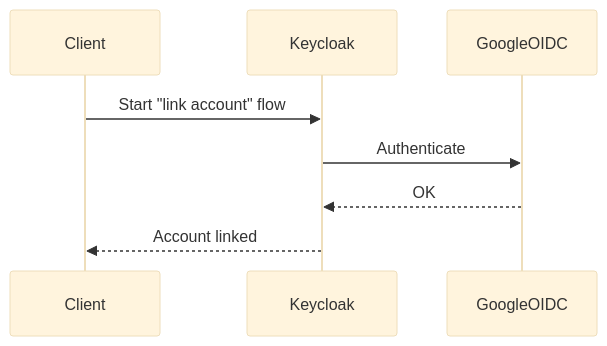
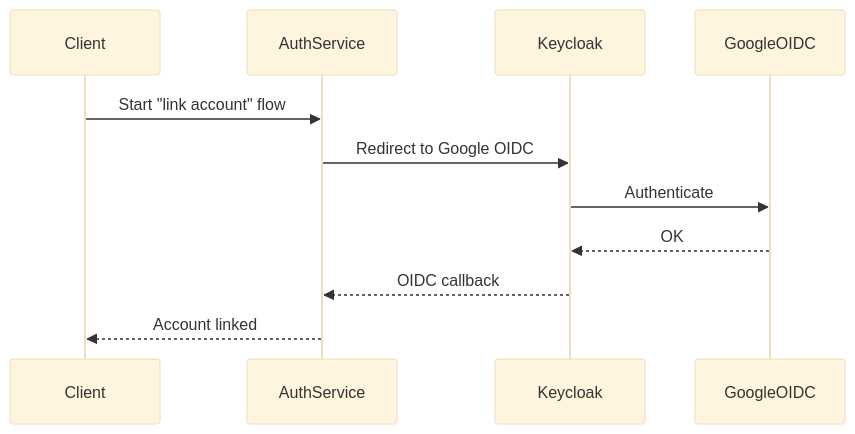
The sixth of 6 diagrams in vue-technique/02-authentification.adoc (Razano26/Beep-TAD.AM), drawn with Mermaid (base theme) before and after one commit. The commit also changed other lines of this file and 6 other files, not shown here.

Commit message:
feat: Refine Beep application documentation by enhancing service descriptions, improving clarity on authentication flows, and updating observability and security sections for better understanding and usability

```diff
--- a/vue-technique/02-authentification.adoc
+++ b/vue-technique/02-authentification.adoc
@@ -111,12 +133,15 @@
 [mermaid]
 ----
 sequenceDiagram
     participant Client
+    participant AuthService
     participant Keycloak
     participant GoogleOIDC
 
-    Client->>Keycloak: Start "link account" flow
+    Client->>AuthService: Start "link account" flow
+    AuthService->>Keycloak: Redirect to Google OIDC
     Keycloak->>GoogleOIDC: Authenticate
     GoogleOIDC-->>Keycloak: OK
-    Keycloak-->>Client: Account linked
+    Keycloak-->>AuthService: OIDC callback
+    AuthService-->>Client: Account linked
 ----
```
